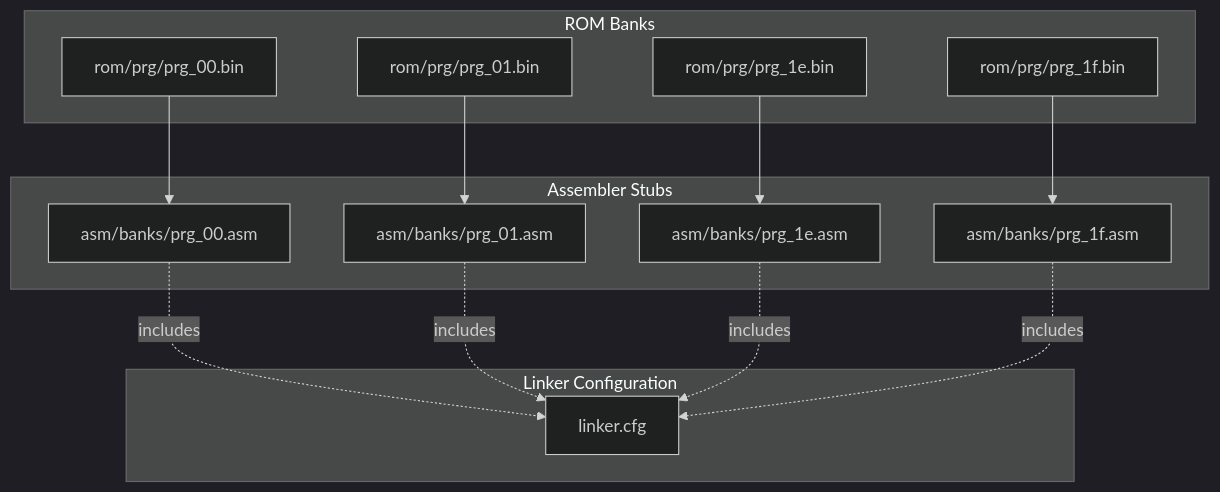
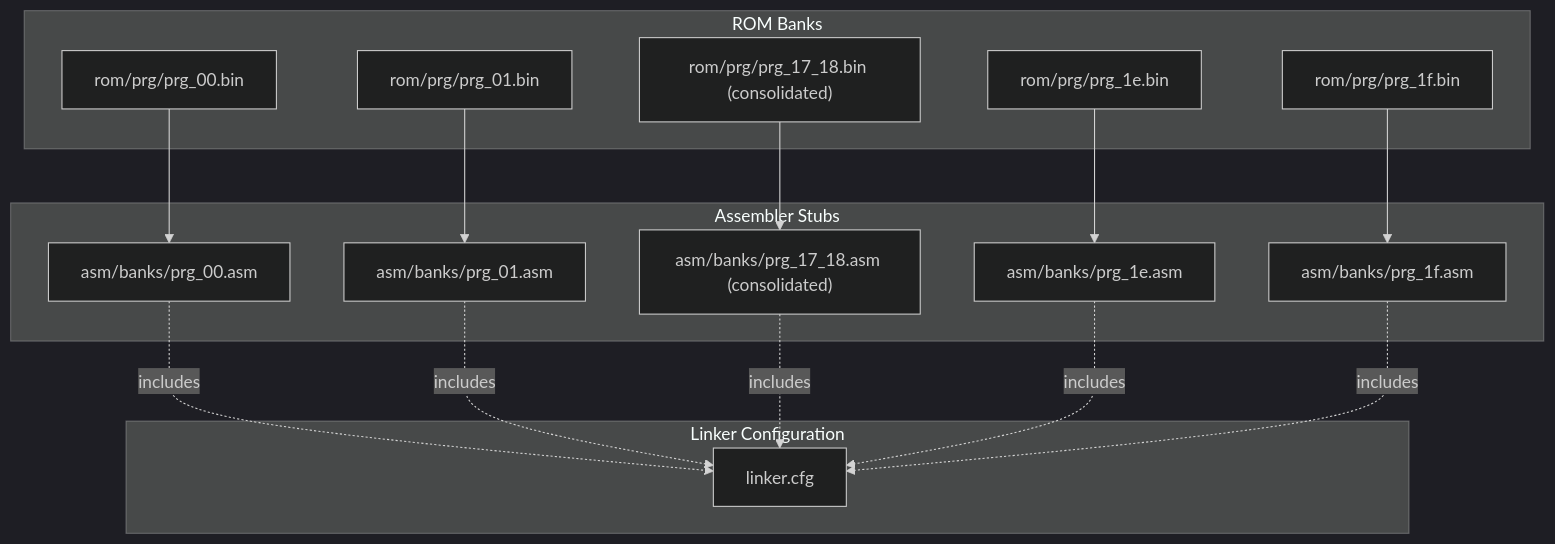
Before and after one commit to rabbyzero/sango2dasm: the first of 3 diagrams in .qoder/repowiki/en/content/Assembly Architecture/Bank Organization and Memory Layout.md, drawn with Mermaid (dark theme). The commit also changed other lines of this file and 21 other files, not shown here.

````diff
--- a/.qoder/repowiki/en/content/Assembly Architecture/Bank Organization and Memory Layout.md
+++ b/.qoder/repowiki/en/content/Assembly Architecture/Bank Organization and Memory Layout.md
@@ -36,26 +46,30 @@
 ```mermaid
 graph TB
 subgraph "ROM Banks"
 B00["rom/prg/prg_00.bin"]
 B01["rom/prg/prg_01.bin"]
+B17_18["rom/prg/prg_17_18.bin (consolidated)"]
 B1E["rom/prg/prg_1e.bin"]
 B1F["rom/prg/prg_1f.bin"]
 end
 subgraph "Assembler Stubs"
 S00["asm/banks/prg_00.asm"]
 S01["asm/banks/prg_01.asm"]
+S17_18["asm/banks/prg_17_18.asm (consolidated)"]
 S1E["asm/banks/prg_1e.asm"]
 S1F["asm/banks/prg_1f.asm"]
 end
 subgraph "Linker Configuration"
 CFG["linker.cfg"]
 end
 B00 --> S00
 B01 --> S01
+B17_18 --> S17_18
 B1E --> S1E
 B1F --> S1F
 S00 -. includes .-> CFG
 S01 -. includes .-> CFG
+S17_18 -. includes .-> CFG
 S1E -. includes .-> CFG
 S1F -. includes .-> CFG
 ```
````
